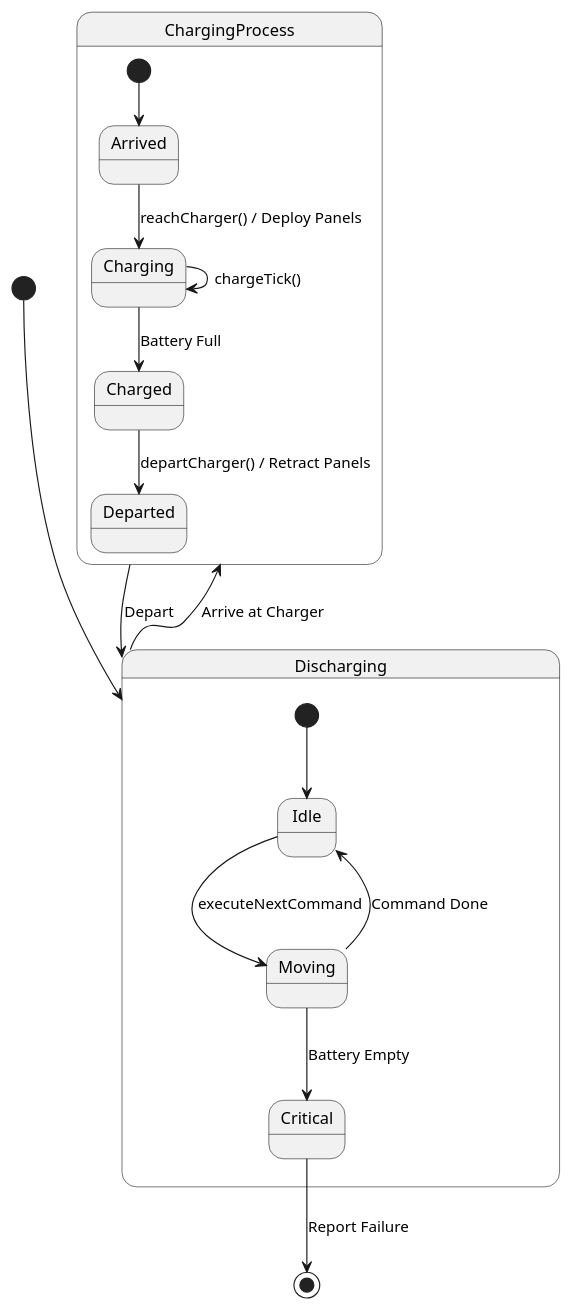
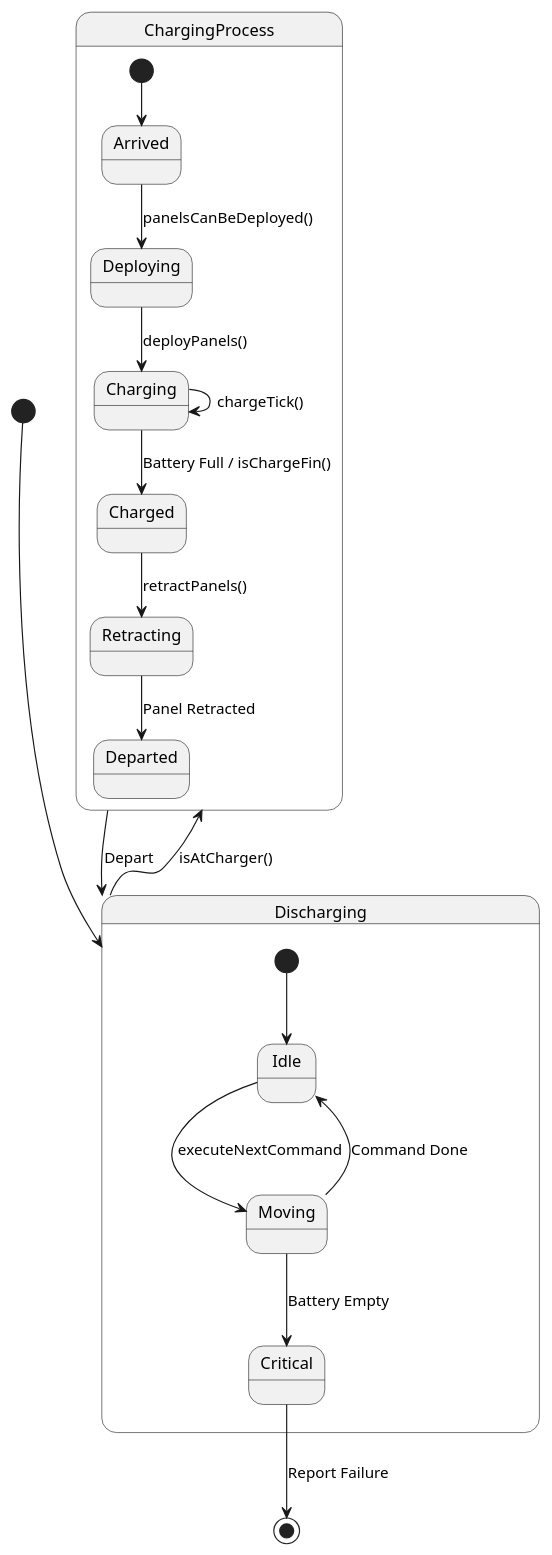
Before and after one commit to topse2025-f1/Rover: the second of 4 diagrams in docs/BatteryHardware/BatteryHardware_Description.md, drawn with PlantUML. The commit also changed other lines of this file and 4 other files, not shown here.

````diff
--- a/docs/BatteryHardware/BatteryHardware_Description.md
+++ b/docs/BatteryHardware/BatteryHardware_Description.md
@@ -215,25 +252,27 @@
 ```plantuml
 @startuml
 [*] --> Discharging
 
 state Discharging {
   [*] --> Idle
   Idle --> Moving : executeNextCommand
   Moving --> Idle : Command Done
   Moving --> Critical : Battery Empty
 }
 
 state ChargingProcess {
   [*] --> Arrived
-  Arrived --> Charging : reachCharger() / Deploy Panels
+  Arrived --> Deploying : panelsCanBeDeployed()
+  Deploying --> Charging : deployPanels()
   Charging --> Charging : chargeTick()
-  Charging --> Charged : Battery Full
-  Charged --> Departed : departCharger() / Retract Panels
+  Charging --> Charged : Battery Full / isChargeFin()
+  Charged --> Retracting : retractPanels()
+  Retracting --> Departed : Panel Retracted
 }
 
-Discharging --> ChargingProcess : Arrive at Charger
+Discharging --> ChargingProcess : isAtCharger()
 ChargingProcess --> Discharging : Depart
 
 Critical --> [*] : Report Failure
 @enduml
 ```
````
